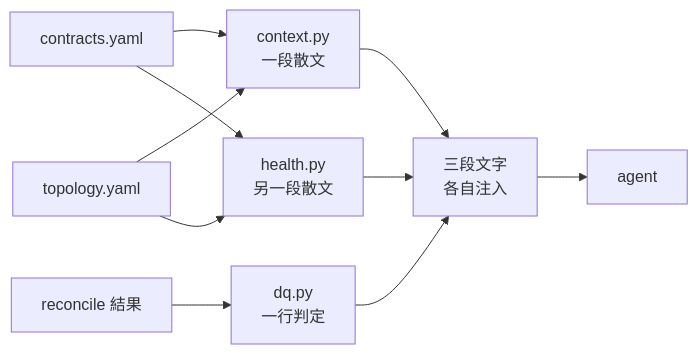
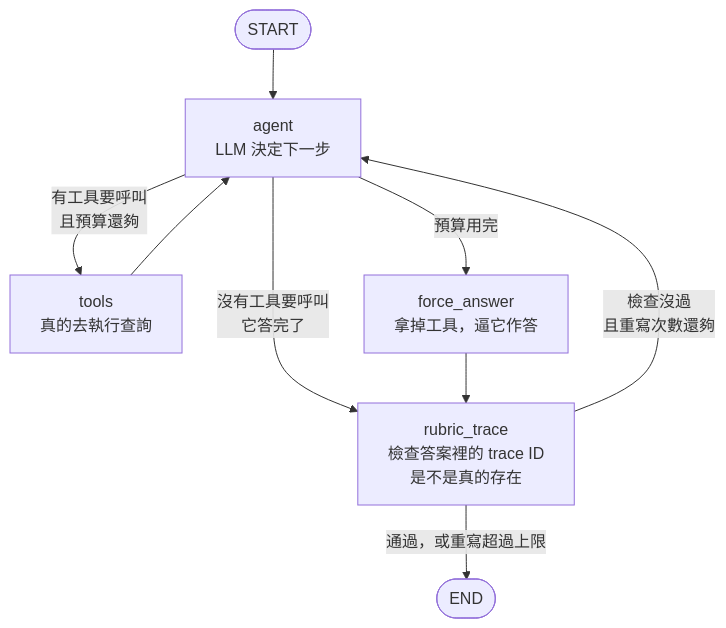
Before and after one commit to tedmax100/o11y-bench: the second of 2 diagrams in weaver-demo/ironman-2026/day20.md, drawn with Mermaid. The commit also changed other lines of this file and 29 other files, not shown here.

````diff
--- a/weaver-demo/ironman-2026/day20.md
+++ b/weaver-demo/ironman-2026/day20.md
@@ -203,12 +129,11 @@
 ```mermaid
-flowchart LR
-    A["contracts.yaml"] --> C1["context.py<br/>一段散文"]
-    B["topology.yaml"] --> C1
-    B --> C2["health.py<br/>另一段散文"]
-    A --> C2
-    D["reconcile 結果"] --> C3["dq.py<br/>一行判定"]
-    C1 --> X["三段文字<br/>各自注入"]
-    C2 --> X
-    C3 --> X
-    X --> LLM["agent"]
+flowchart TB
+    START(["START"]) --> AG["agent<br/>LLM 決定下一步"]
+    AG -->|"有工具要呼叫<br/>且預算還夠"| TL["tools<br/>真的去執行查詢"]
+    TL --> AG
+    AG -->|"預算用完"| FA["force_answer<br/>拿掉工具，逼它作答"]
+    AG -->|"沒有工具要呼叫<br/>它答完了"| RB["rubric_trace<br/>檢查答案裡的 trace ID<br/>是不是真的存在"]
+    FA --> RB
+    RB -->|"檢查沒過<br/>且重寫次數還夠"| AG
+    RB -->|"通過，或重寫超過上限"| E(["END"])
 ```
````
